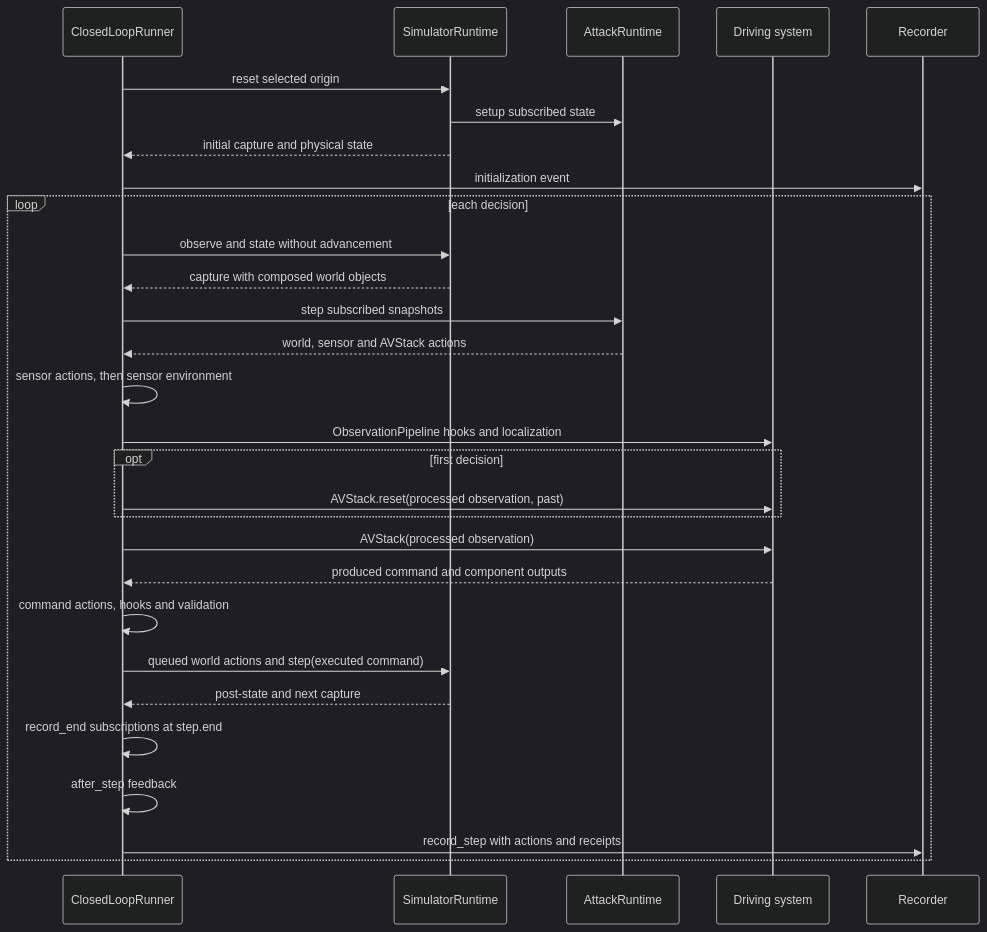
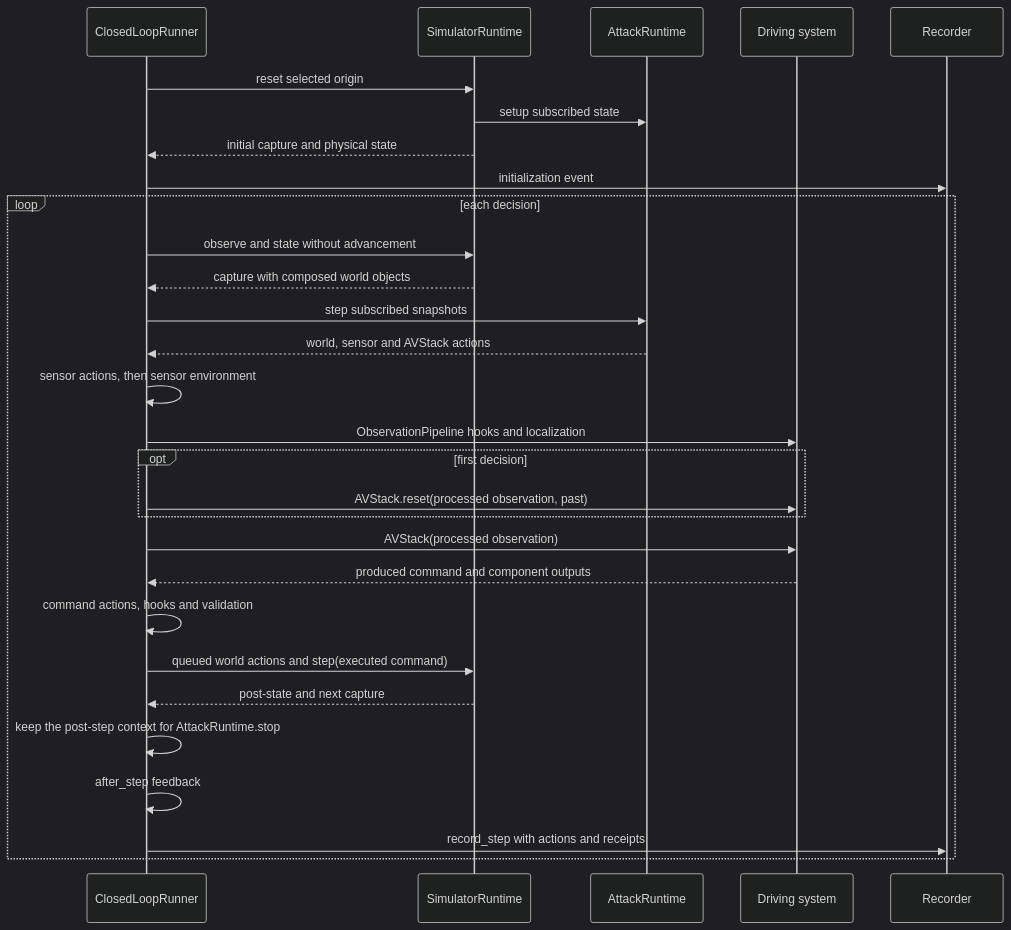
Before and after one commit to AVSecProject/AVSecTester: the diagram in docs/reference/runtime.md, drawn with Mermaid (dark theme).

Commit message:
docs: describe the post-step context kept for AttackRuntime.stop

````diff
--- a/docs/reference/runtime.md
+++ b/docs/reference/runtime.md
@@ -28,31 +28,31 @@
 ```mermaid
 sequenceDiagram
     participant R as ClosedLoopRunner
     participant S as SimulatorRuntime
     participant A as AttackRuntime
     participant D as Driving system
     participant L as Recorder
     R->>S: reset selected origin
     S->>A: setup subscribed state
     S-->>R: initial capture and physical state
     R->>L: initialization event
     loop each decision
         R->>S: observe and state without advancement
         S-->>R: capture with composed world objects
         R->>A: step subscribed snapshots
         A-->>R: world, sensor and AVStack actions
         R->>R: sensor actions, then sensor environment
         R->>D: ObservationPipeline hooks and localization
         opt first decision
             R->>D: AVStack.reset(processed observation, past)
         end
         R->>D: AVStack(processed observation)
         D-->>R: produced command and component outputs
         R->>R: command actions, hooks and validation
         R->>S: queued world actions and step(executed command)
         S-->>R: post-state and next capture
-        R->>R: record_end subscriptions at step.end
+        R->>R: keep the post-step context for AttackRuntime.stop
         R->>R: after_step feedback
         R->>L: record_step with actions and receipts
     end
 ```
````
